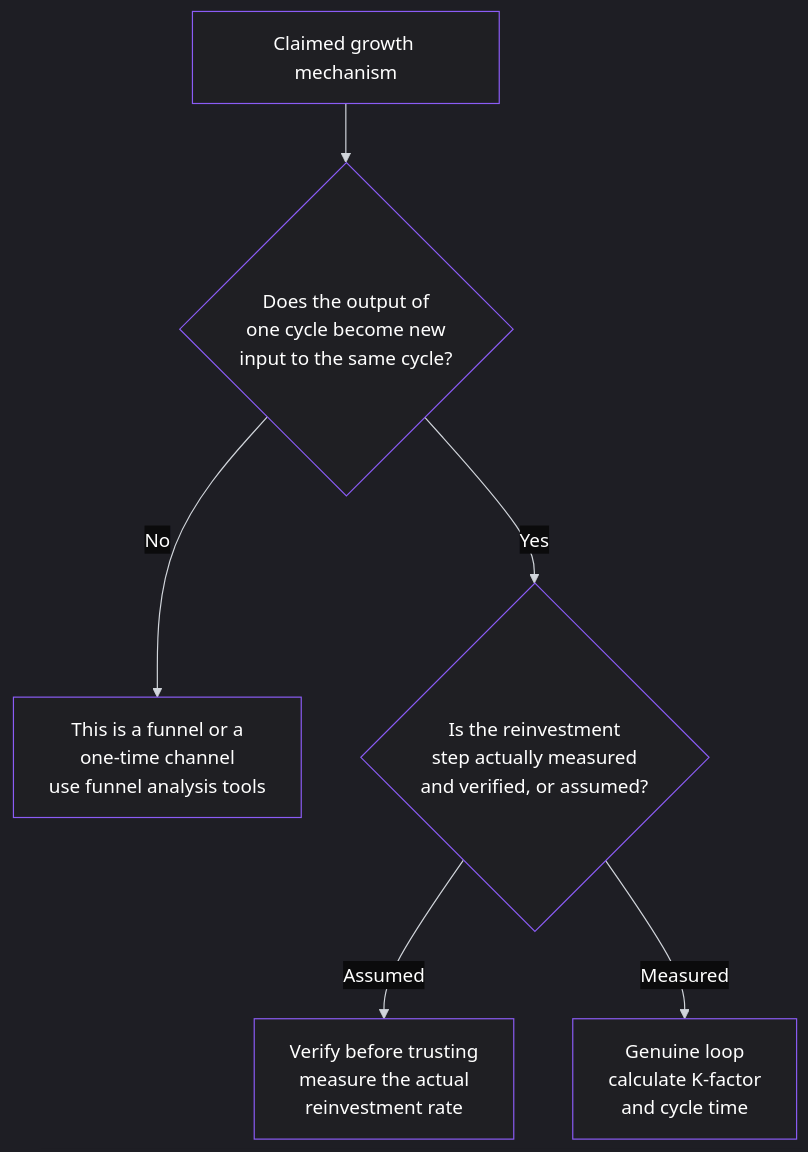
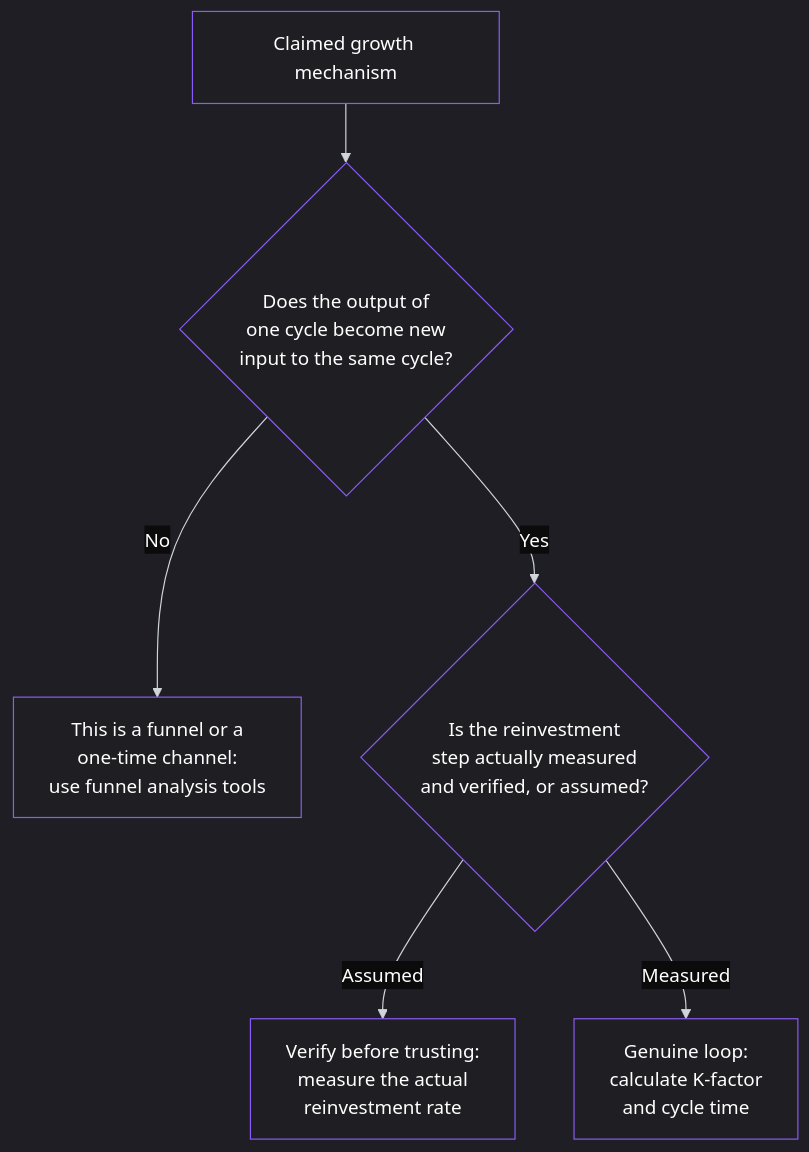
Before and after one commit to pmacademy-app/web: the third of 3 diagrams in content/lessons/lesson-046.md, drawn with Mermaid. The commit also changed other lines of this file and 275 other files, not shown here.

````diff
--- a/content/lessons/lesson-046.md
+++ b/content/lessons/lesson-046.md
@@ -179,38 +179,38 @@
 ```mermaid
 %%{init: {
   "theme": "dark",
   "themeVariables": {
     "background": "#0b0b0c",
     "primaryColor": "#1f1f23",
     "primaryTextColor": "#ffffff",
     "primaryBorderColor": "#8b5cf6",
     "lineColor": "#d1d5db",
     "secondaryColor": "#18181b",
     "tertiaryColor": "#111111",
     "mainBkg": "#1f1f23",
     "nodeBorder": "#8b5cf6",
     "clusterBkg": "#000000",
     "clusterBorder": "#27272a",
     "titleColor": "#ffffff",
     "edgeLabelBackground": "#0b0b0c",
     "nodeTextColor": "#ffffff",
     "edgeLabelColor": "#ffffff",
     "actorBorder": "#8b5cf6",
     "actorBkg": "#1f1f23",
     "actorTextColor": "#ffffff",
     "sequenceNumberColor": "#ffffff",
     "signalColor": "#8b5cf6",
     "signalTextColor": "#ffffff",
     "textColor": "#ffffff",
     "classText": "#ffffff",
     "classBorder": "#8b5cf6",
     "classBkg": "#1f1f23"
   }
 }}%%
 graph TD
     A[Claimed growth mechanism] --> B{Does the output of<br/>one cycle become new<br/>input to the same cycle?}
-    B -->|No| C[This is a funnel or a<br/>one-time channel <br/>use funnel analysis tools]
+    B -->|No| C[This is a funnel or a<br/>one-time channel: <br/>use funnel analysis tools]
     B -->|Yes| D{Is the reinvestment<br/>step actually measured<br/>and verified, or assumed?}
-    D -->|Assumed| E[Verify before trusting <br/>measure the actual<br/>reinvestment rate]
-    D -->|Measured| F[Genuine loop <br/>calculate K-factor<br/>and cycle time]
+    D -->|Assumed| E[Verify before trusting: <br/>measure the actual<br/>reinvestment rate]
+    D -->|Measured| F[Genuine loop: <br/>calculate K-factor<br/>and cycle time]
 ```
````
